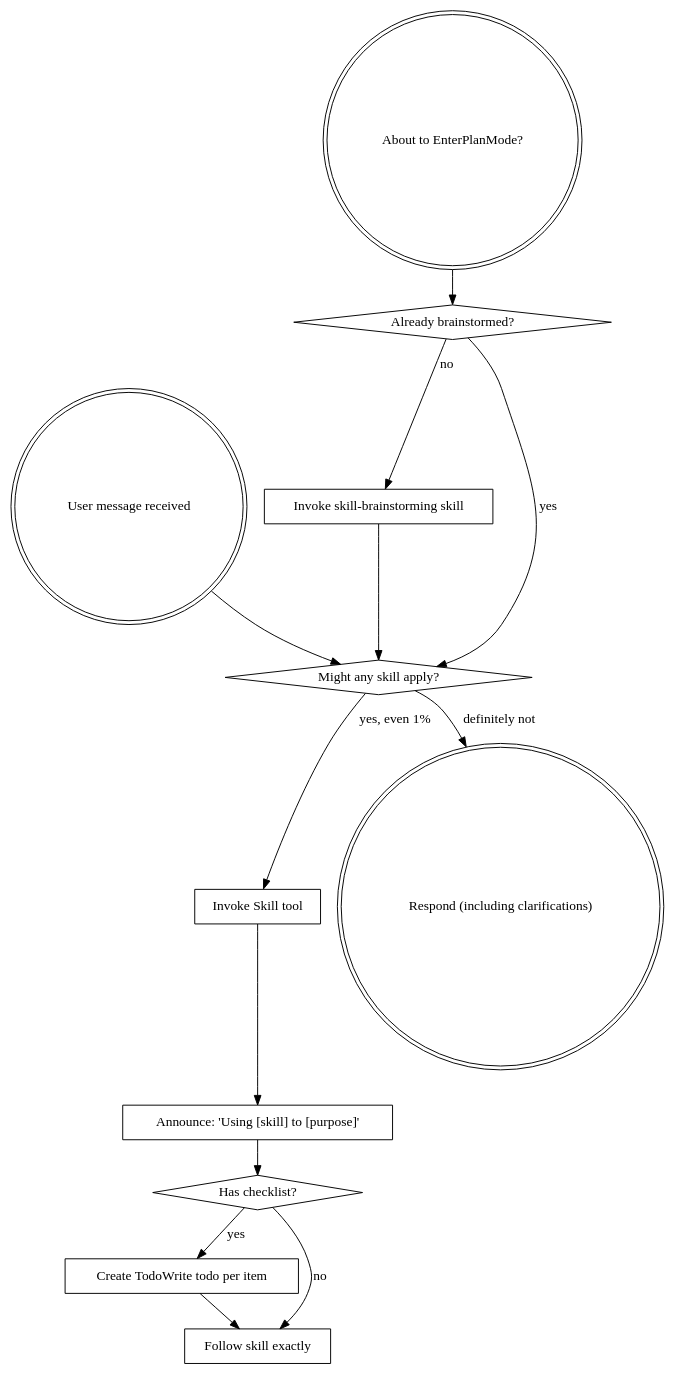
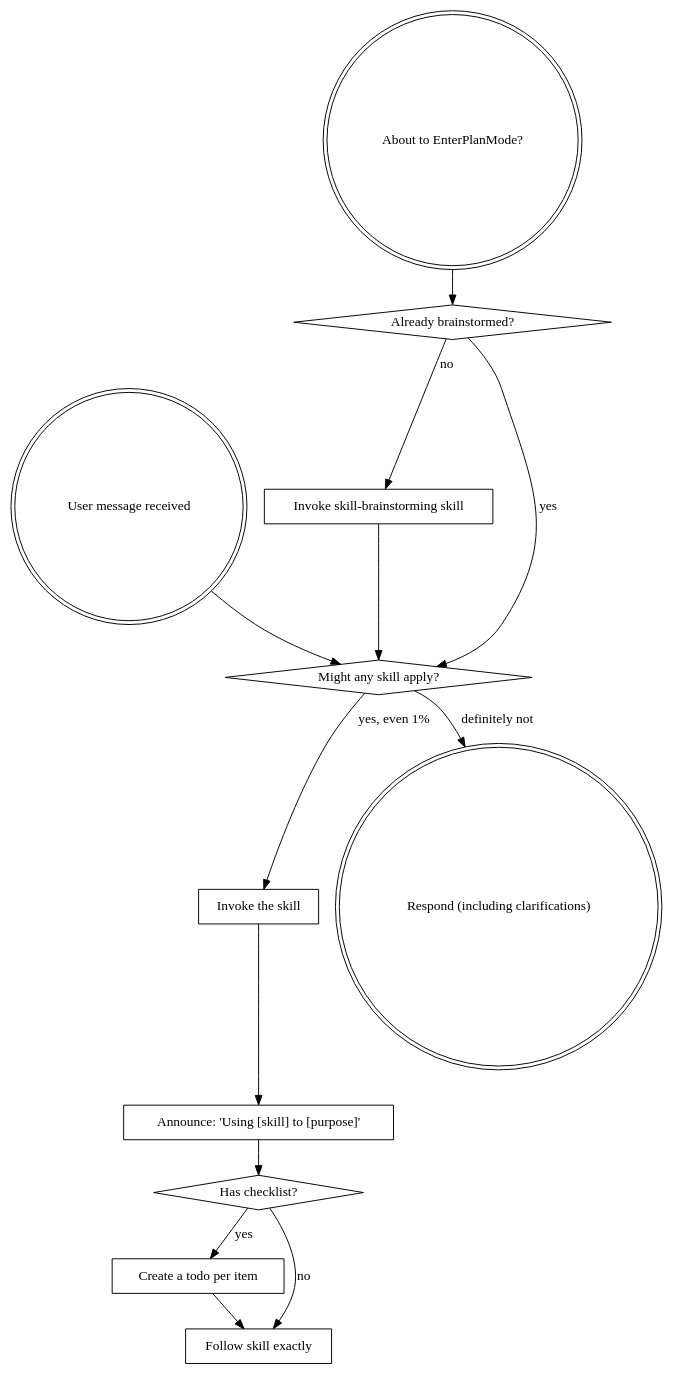
The diagram in .agents/skills/skill-using-superpowers/SKILL.md (longdang193/project-OS-starter), drawn with Graphviz before and after one commit. The commit also changed other lines of this file and 210 other files, not shown here.

````diff
--- a/.agents/skills/skill-using-superpowers/SKILL.md
+++ b/.agents/skills/skill-using-superpowers/SKILL.md
@@ -59,29 +59,29 @@
 ```dot
 digraph skill_flow {
     "User message received" [shape=doublecircle];
     "About to EnterPlanMode?" [shape=doublecircle];
     "Already brainstormed?" [shape=diamond];
     "Invoke skill-brainstorming skill" [shape=box];
     "Might any skill apply?" [shape=diamond];
-    "Invoke Skill tool" [shape=box];
+    "Invoke the skill" [shape=box];
     "Announce: 'Using [skill] to [purpose]'" [shape=box];
     "Has checklist?" [shape=diamond];
-    "Create TodoWrite todo per item" [shape=box];
+    "Create a todo per item" [shape=box];
     "Follow skill exactly" [shape=box];
     "Respond (including clarifications)" [shape=doublecircle];
 
     "About to EnterPlanMode?" -> "Already brainstormed?";
     "Already brainstormed?" -> "Invoke skill-brainstorming skill" [label="no"];
     "Already brainstormed?" -> "Might any skill apply?" [label="yes"];
     "Invoke skill-brainstorming skill" -> "Might any skill apply?";
 
     "User message received" -> "Might any skill apply?";
-    "Might any skill apply?" -> "Invoke Skill tool" [label="yes, even 1%"];
+    "Might any skill apply?" -> "Invoke the skill" [label="yes, even 1%"];
     "Might any skill apply?" -> "Respond (including clarifications)" [label="definitely not"];
-    "Invoke Skill tool" -> "Announce: 'Using [skill] to [purpose]'";
+    "Invoke the skill" -> "Announce: 'Using [skill] to [purpose]'";
     "Announce: 'Using [skill] to [purpose]'" -> "Has checklist?";
-    "Has checklist?" -> "Create TodoWrite todo per item" [label="yes"];
+    "Has checklist?" -> "Create a todo per item" [label="yes"];
     "Has checklist?" -> "Follow skill exactly" [label="no"];
-    "Create TodoWrite todo per item" -> "Follow skill exactly";
+    "Create a todo per item" -> "Follow skill exactly";
 }
 ```
````
